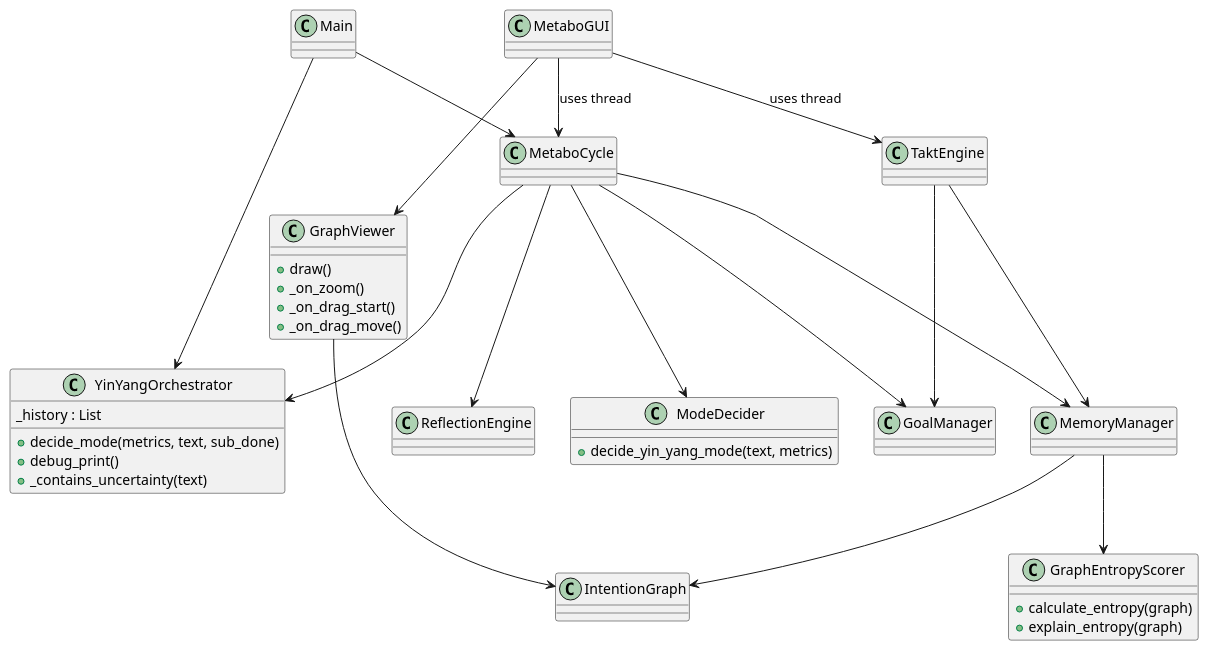
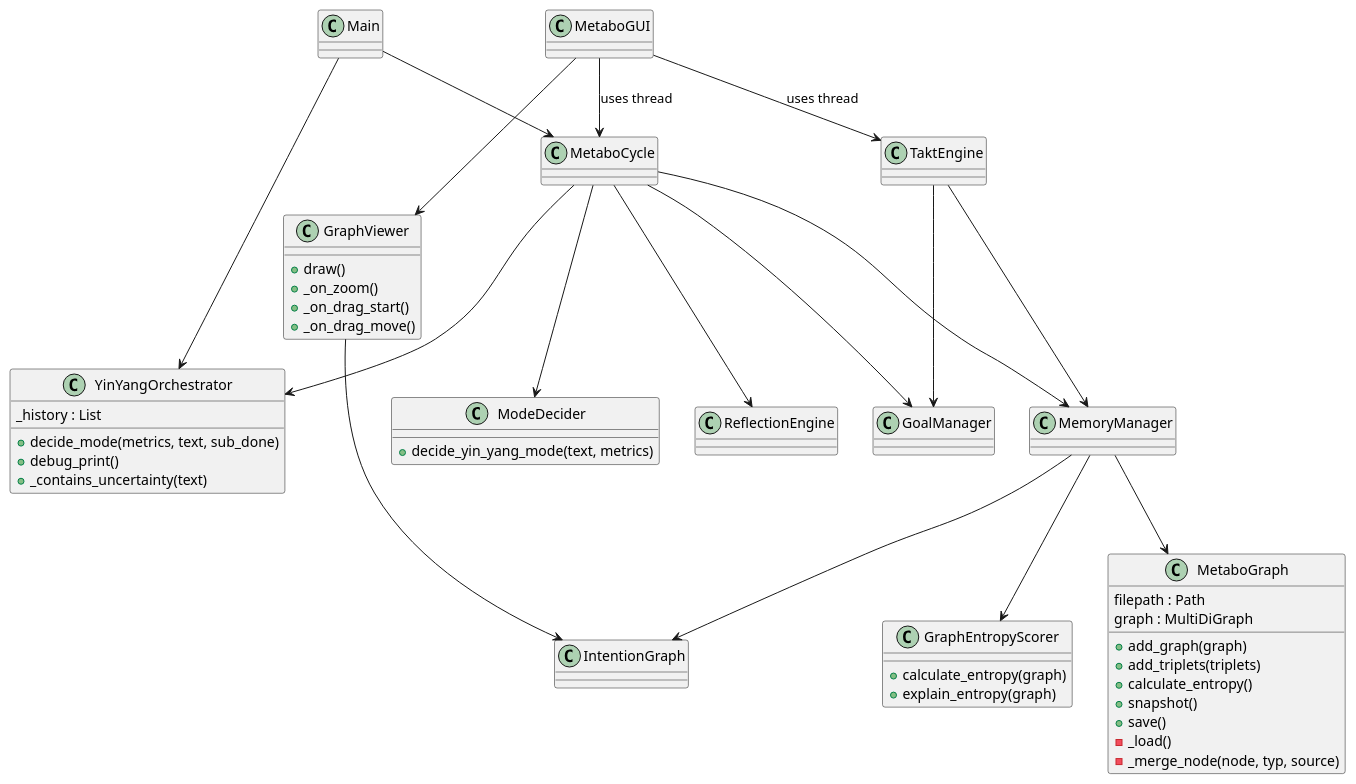
The diagram in doc/diagrams/class_diagram.puml (marcusreimold/MetaboMind), drawn with PlantUML before and after one commit. The commit also changed 7 other files, not shown here.

```diff
--- a/doc/diagrams/class_diagram.puml
+++ b/doc/diagrams/class_diagram.puml
@@ -1,41 +1,52 @@
 @startuml
 '/' Updated after adding requirements.txt
 class Main
 class MetaboCycle
 class GoalManager
 class MemoryManager
 class IntentionGraph
 class ReflectionEngine
 class TaktEngine
 class YinYangOrchestrator
 class ModeDecider
 class MetaboGUI
 class GraphViewer
 class GraphEntropyScorer
+class MetaboGraph
 GraphViewer : +draw()
 GraphViewer : +_on_zoom()
 GraphViewer : +_on_drag_start()
 GraphViewer : +_on_drag_move()
 GraphEntropyScorer : +calculate_entropy(graph)
 GraphEntropyScorer : +explain_entropy(graph)
+MetaboGraph : +add_graph(graph)
+MetaboGraph : +add_triplets(triplets)
+MetaboGraph : +calculate_entropy()
+MetaboGraph : +snapshot()
+MetaboGraph : +save()
+MetaboGraph : -_load()
+MetaboGraph : -_merge_node(node, typ, source)
+MetaboGraph : filepath : Path
+MetaboGraph : graph : MultiDiGraph
 YinYangOrchestrator : +decide_mode(metrics, text, sub_done)
 YinYangOrchestrator : +debug_print()
 YinYangOrchestrator : _history : List
 YinYangOrchestrator : +_contains_uncertainty(text)
 ModeDecider : +decide_yin_yang_mode(text, metrics)
 Main --> MetaboCycle
 MetaboCycle --> GoalManager
 MetaboCycle --> MemoryManager
 MetaboCycle --> ReflectionEngine
 MetaboCycle --> YinYangOrchestrator
 MetaboCycle --> ModeDecider
 MemoryManager --> IntentionGraph
+MemoryManager --> MetaboGraph
 TaktEngine --> MemoryManager
 TaktEngine --> GoalManager
 Main --> YinYangOrchestrator
 MetaboGUI --> MetaboCycle : uses thread
 MetaboGUI --> TaktEngine : uses thread
 MetaboGUI --> GraphViewer
 MemoryManager --> GraphEntropyScorer
 GraphViewer --> IntentionGraph
 @enduml
```
